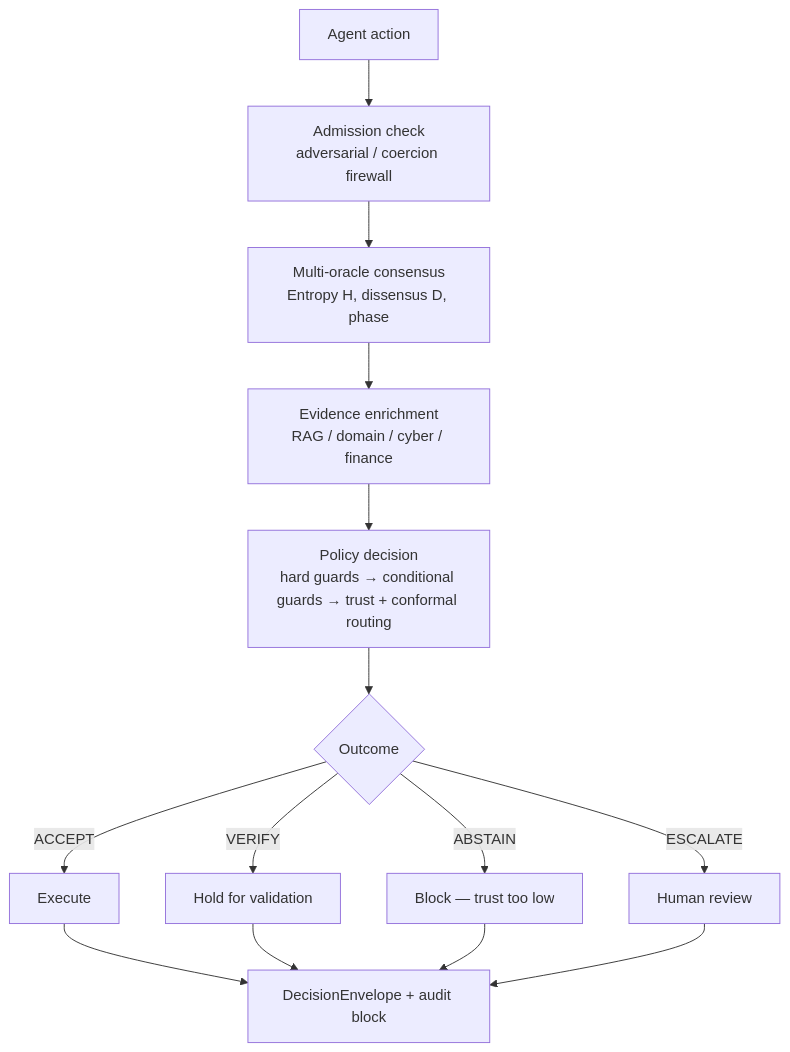
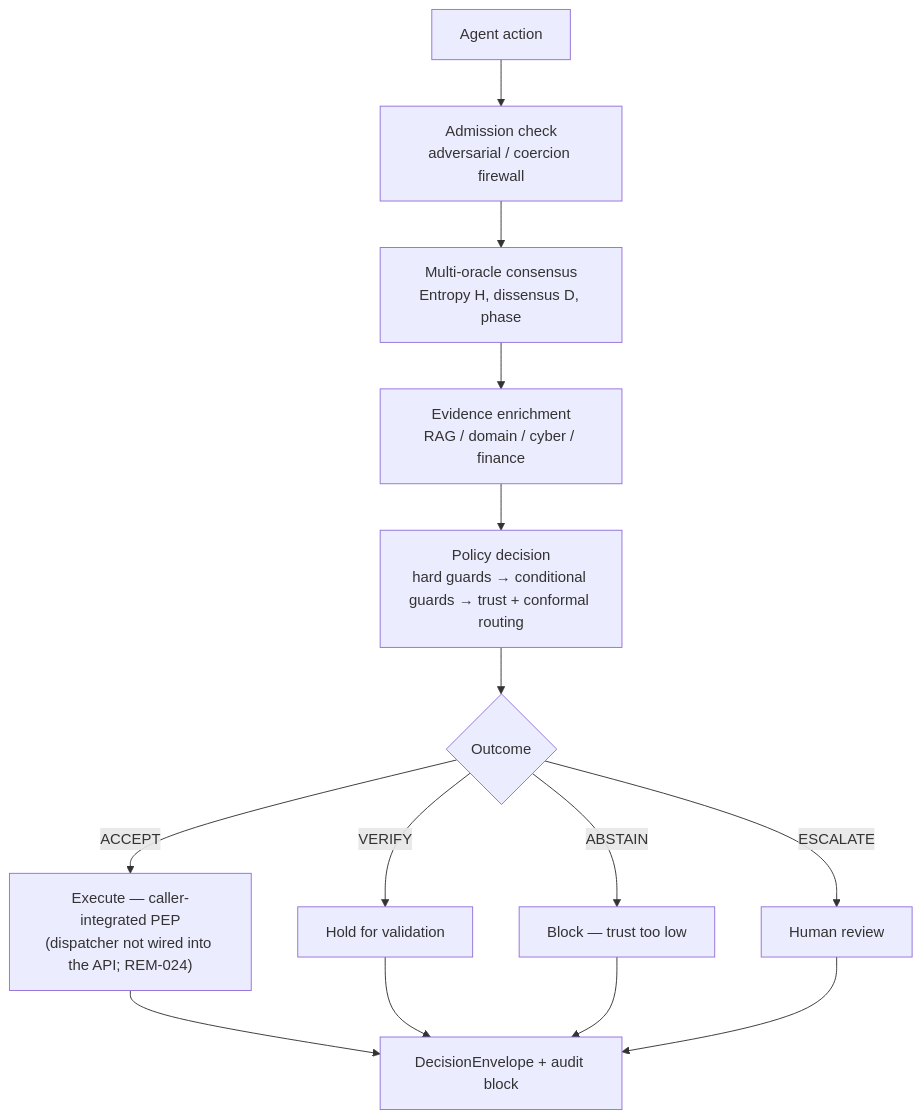
One commit to darklordVirtual/REMORA-research changed the diagram in README.md. Above: the diagram before and after it, drawn with Mermaid. The commit also changed other lines of this file and 12 other files, not shown here.

````diff
--- a/README.md
+++ b/README.md
@@ -36,16 +36,16 @@
 ```mermaid
 flowchart TD
     A[Agent action] --> B[Admission check\nadversarial / coercion firewall]
     B --> C[Multi-oracle consensus\nEntropy H, dissensus D, phase]
     C --> D[Evidence enrichment\nRAG / domain / cyber / finance]
     D --> E[Policy decision\nhard guards → conditional guards → trust + conformal routing]
     E --> F{Outcome}
-    F -->|ACCEPT| G[Execute]
+    F -->|ACCEPT| G["Execute — caller-integrated PEP\n(dispatcher not wired into the API; REM-024)"]
     F -->|VERIFY| H[Hold for validation]
     F -->|ABSTAIN| I[Block — trust too low]
     F -->|ESCALATE| J[Human review]
     G --> K[DecisionEnvelope + audit block]
     H --> K
     I --> K
     J --> K
 ```
````
